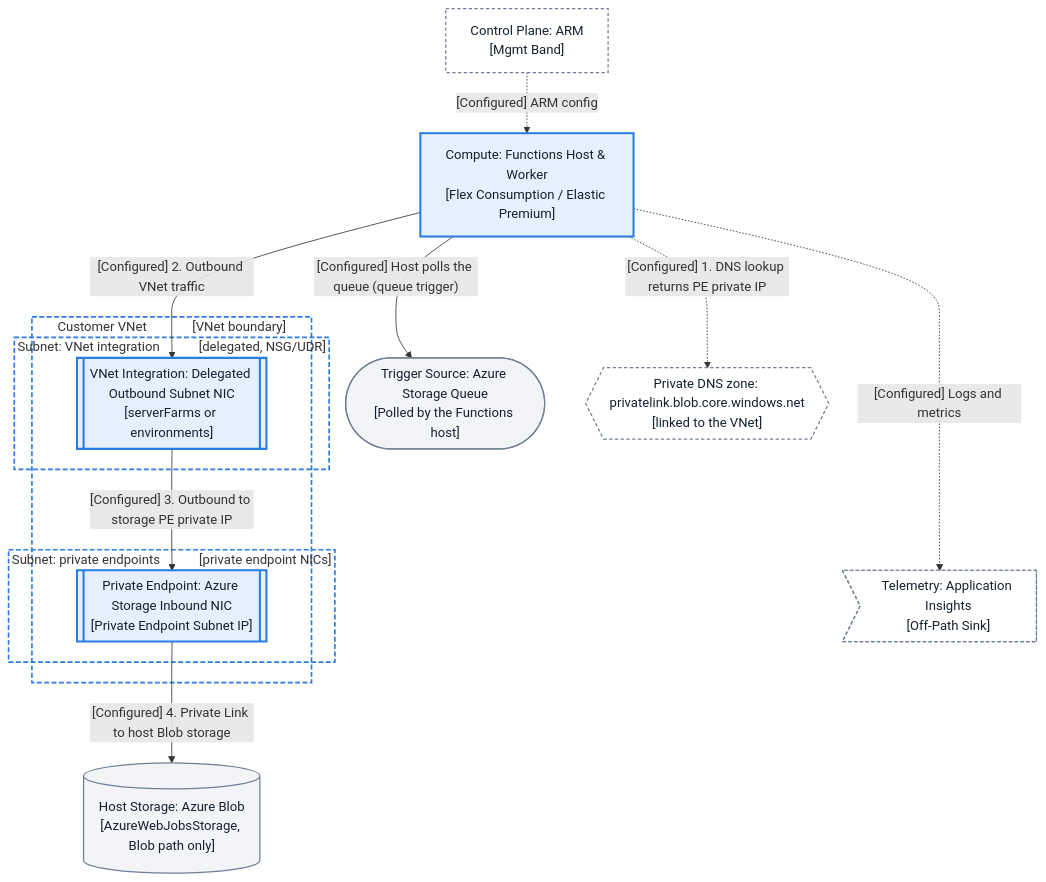
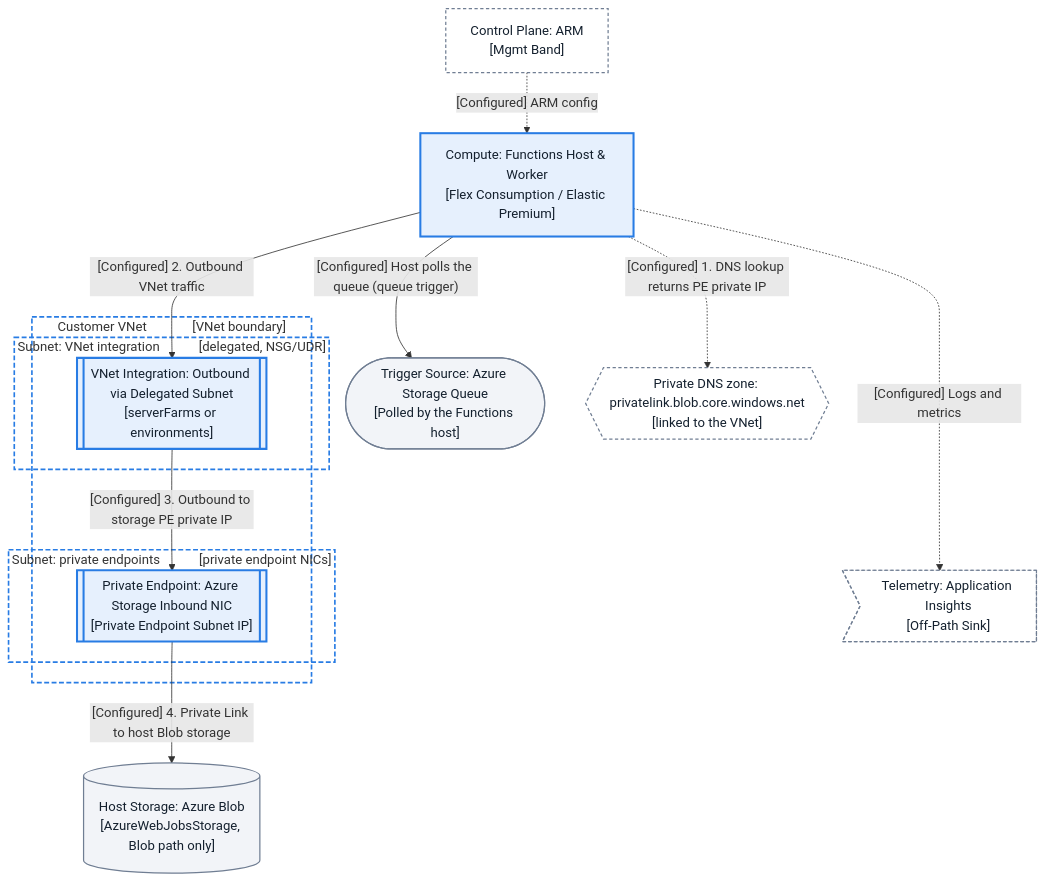
The fifth of 6 diagrams in docs/reference/diagram-topology-grammar.md (yeongseon/azure-app-service-practical-guide), drawn with Mermaid before and after one commit. The commit also changed other lines of this file and 1 other file, not shown here.

Commit message:
docs(diagrams): draw Functions VNet integration plan-neutral
The Functions adapter covers Flex Consumption and Elastic Premium but labelled
its integration node a Delegated Outbound Subnet NIC for both. Learn documents
that App Service mounts virtual interfaces on its workers in the delegated
subnet, whereas a Flex Consumption plan routes outbound traffic through shared
gateways dedicated to the subnet, so a NIC is too strong for the combined
fixture (a review finding on this pull request).

The node now reads Outbound via Delegated Subnet, and the takeaway names it as
a deliberate exception to the canonical delegated NIC label and cites both
Learn pages. The manifest is regenerated for the changed source of that one
fixture; the guard and the other five fixtures are unchanged.

Refs #296

````diff
--- a/docs/reference/diagram-topology-grammar.md
+++ b/docs/reference/diagram-topology-grammar.md
@@ -323,35 +323,35 @@
 ```mermaid
 flowchart TD
     accTitle: Azure Functions Topology Adapter Example (Grammar v1)
     accDescr: Shows a Functions host polling a Storage queue trigger source and reaching the Blob path of its AzureWebJobsStorage account through regional VNet integration and a separate private-endpoint subnet; other Storage sub-resource endpoints are not drawn.
     control_plane["Control Plane: ARM<br/>[Mgmt Band]"]
     client(["Trigger Source: Azure Storage Queue<br/>[Polled by the Functions host]"])
     app_runtime["Compute: Functions Host & Worker<br/>[Flex Consumption / Elastic Premium]"]
     dns_fn{{"Private DNS zone: privatelink.blob.core.windows.net<br/>[linked to the VNet]"}}
     subgraph vnet_fn["Customer VNet &nbsp;&nbsp;&nbsp;&nbsp;&nbsp;&nbsp;&nbsp;&nbsp;&nbsp;&nbsp;&nbsp;&nbsp; [VNet boundary]"]
         subgraph subnet_int_fn["Subnet: VNet integration &nbsp;&nbsp;&nbsp;&nbsp;&nbsp;&nbsp;&nbsp;&nbsp;&nbsp;&nbsp; [delegated, NSG/UDR]"]
-            vnet_integration[["VNet Integration: Delegated Outbound Subnet NIC<br/>[serverFarms or environments]"]]
+            vnet_integration[["VNet Integration: Outbound via Delegated Subnet<br/>[serverFarms or environments]"]]
         end
         subgraph subnet_pe_fn["Subnet: private endpoints &nbsp;&nbsp;&nbsp;&nbsp;&nbsp;&nbsp;&nbsp;&nbsp;&nbsp;&nbsp; [private endpoint NICs]"]
             pe_storage[["Private Endpoint: Azure Storage Inbound NIC<br/>[Private Endpoint Subnet IP]"]]
         end
     end
     storage_db[("Host Storage: Azure Blob<br/>[AzureWebJobsStorage, Blob path only]")]
     telemetry>"Telemetry: Application Insights<br/>[Off-Path Sink]"]
     control_plane -.->|"[Configured] ARM config"| app_runtime
     client ~~~ app_runtime
     app_runtime -->|"[Configured] Host polls the queue (queue trigger)"| client
     app_runtime -.->|"[Configured] 1. DNS lookup returns PE private IP"| dns_fn
     app_runtime -->|"[Configured] 2. Outbound VNet traffic"| vnet_integration
     vnet_integration -->|"[Configured] 3. Outbound to storage PE private IP"| pe_storage
     pe_storage -->|"[Configured] 4. Private Link to host Blob storage"| storage_db
     app_runtime -..->|"[Configured] Logs and metrics"| telemetry
     classDef baseNeutral fill:#f2f4f8,stroke:#707e93,stroke-width:1.5px,color:#14202e;
     classDef focusActive fill:#e6f0fd,stroke:#287ce4,stroke-width:2.5px,color:#14202e;
     classDef bandMuted fill:#ffffff,stroke:#707e93,stroke-width:1.5px,stroke-dasharray:4 3,color:#14202e;
     classDef netBox fill:transparent,stroke:#287ce4,stroke-width:2px,stroke-dasharray:6 3;
     class client,storage_db baseNeutral;
     class app_runtime,vnet_integration,pe_storage focusActive;
     class control_plane,telemetry,dns_fn bandMuted;
     class vnet_fn,subnet_int_fn,subnet_pe_fn netBox;
 ```
````
